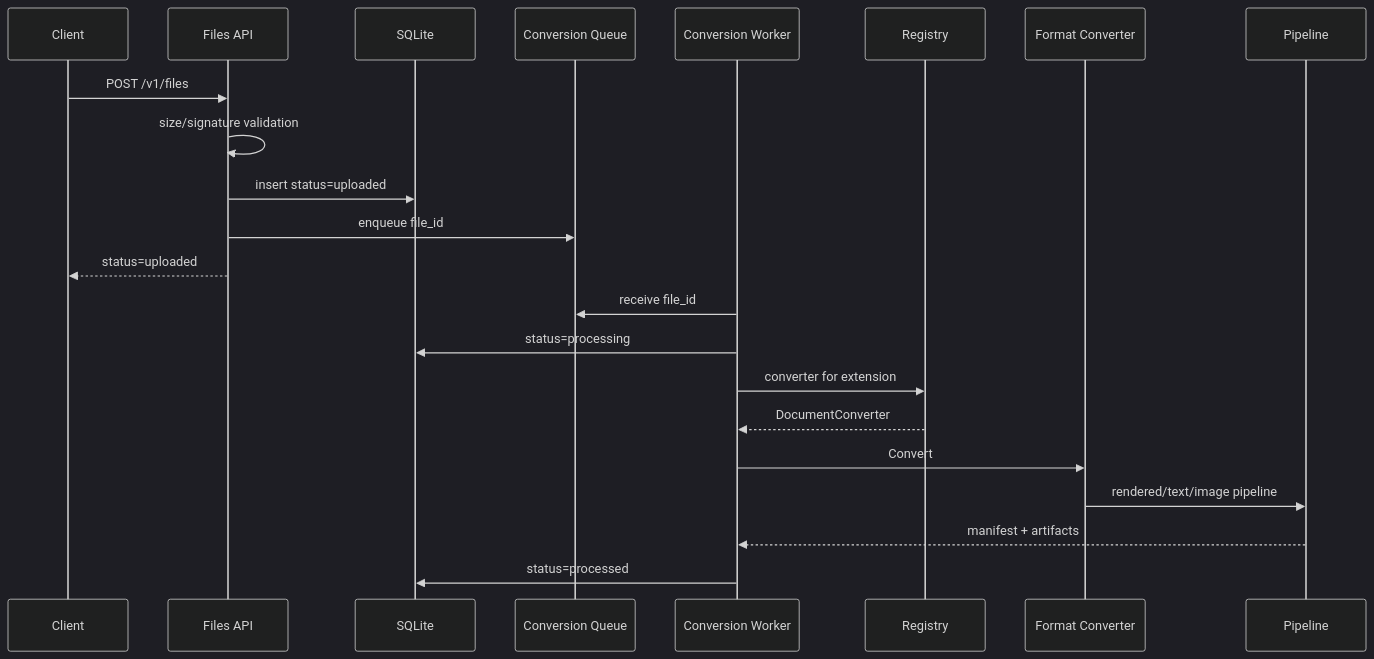
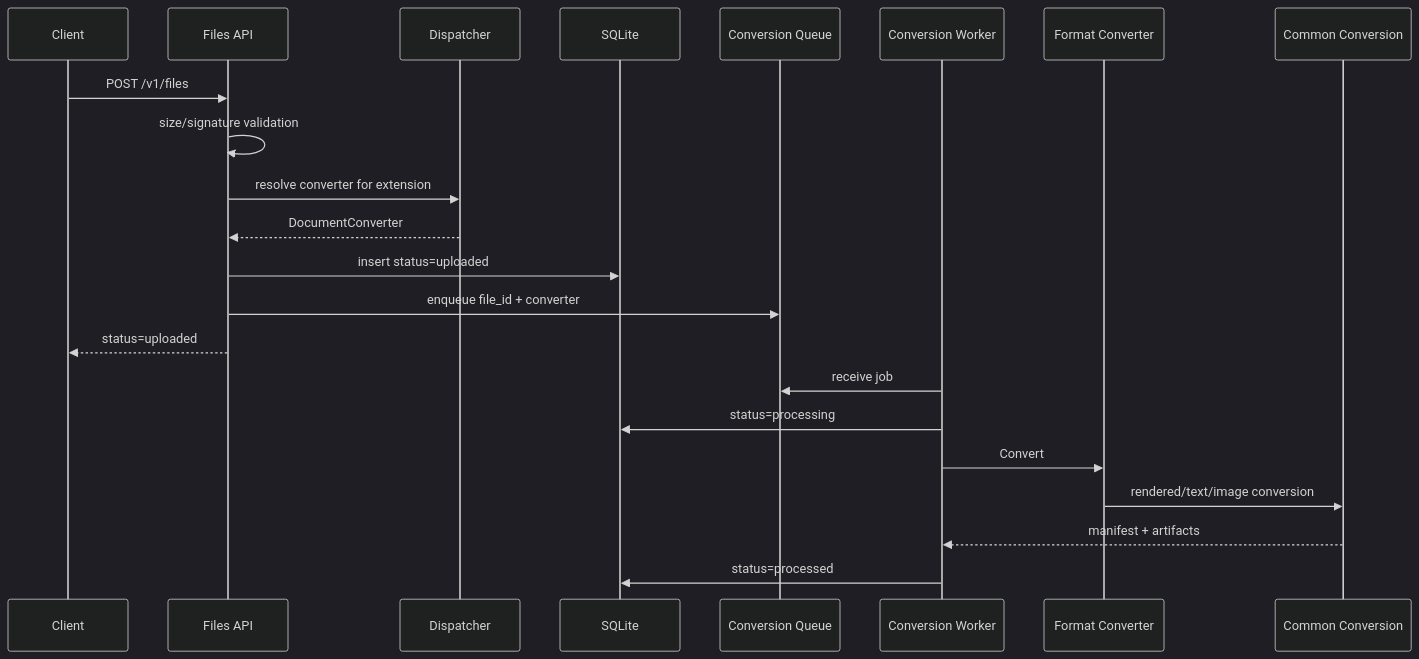
Before and after one commit to mochizuki875/llm-file-gateway: the fourth of 4 diagrams in DESIGN.md, drawn with Mermaid (dark theme). The commit also changed other lines of this file and 14 other files, not shown here.

````diff
--- a/DESIGN.md
+++ b/DESIGN.md
@@ -283,25 +291,25 @@
 ```mermaid
 sequenceDiagram
   participant Client
   participant API as Files API
+  participant Dispatcher
   participant Store as SQLite
   participant Queue as Conversion Queue
   participant Worker as Conversion Worker
-  participant Registry
   participant Converter as Format Converter
-  participant Pipeline
+  participant Convert as Common Conversion
 
   Client->>API: POST /v1/files
   API->>API: size/signature validation
+  API->>Dispatcher: resolve converter for extension
+  Dispatcher-->>API: DocumentConverter
   API->>Store: insert status=uploaded
-  API->>Queue: enqueue file_id
+  API->>Queue: enqueue file_id + converter
   API-->>Client: status=uploaded
-  Worker->>Queue: receive file_id
+  Worker->>Queue: receive job
   Worker->>Store: status=processing
-  Worker->>Registry: converter for extension
-  Registry-->>Worker: DocumentConverter
   Worker->>Converter: Convert
-  Converter->>Pipeline: rendered/text/image pipeline
-  Pipeline-->>Worker: manifest + artifacts
+  Converter->>Convert: rendered/text/image conversion
+  Convert-->>Worker: manifest + artifacts
   Worker->>Store: status=processed
 ```
````
